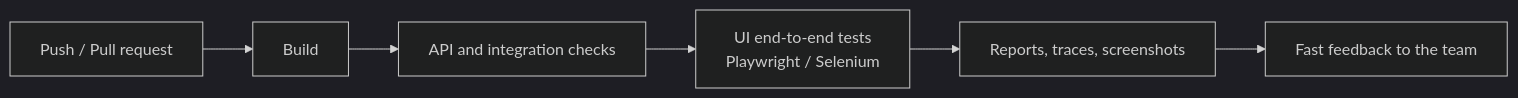
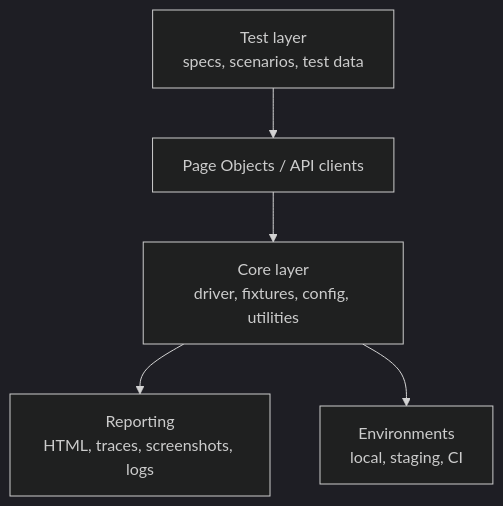
Before and after one commit to richasharma-testcraft/richasharma-testcraft: the diagram in README.md, drawn with Mermaid (dark theme). The commit also changed other lines of this file, not shown here.

````diff
--- a/README.md
+++ b/README.md
@@ -31,8 +69,7 @@
 ```mermaid
-flowchart LR
-    A["Push / Pull request"] --> B["Build"]
-    B --> C["API and integration checks"]
-    C --> D["UI end-to-end tests<br/>Playwright / Selenium"]
-    D --> E["Reports, traces, screenshots"]
-    E --> F["Fast feedback to the team"]
+flowchart TB
+    T["Test layer<br/>specs, scenarios, test data"] --> P["Page Objects / API clients"]
+    P --> C["Core layer<br/>driver, fixtures, config, utilities"]
+    C --> R["Reporting<br/>HTML, traces, screenshots, logs"]
+    C --> E["Environments<br/>local, staging, CI"]
 ```
````
